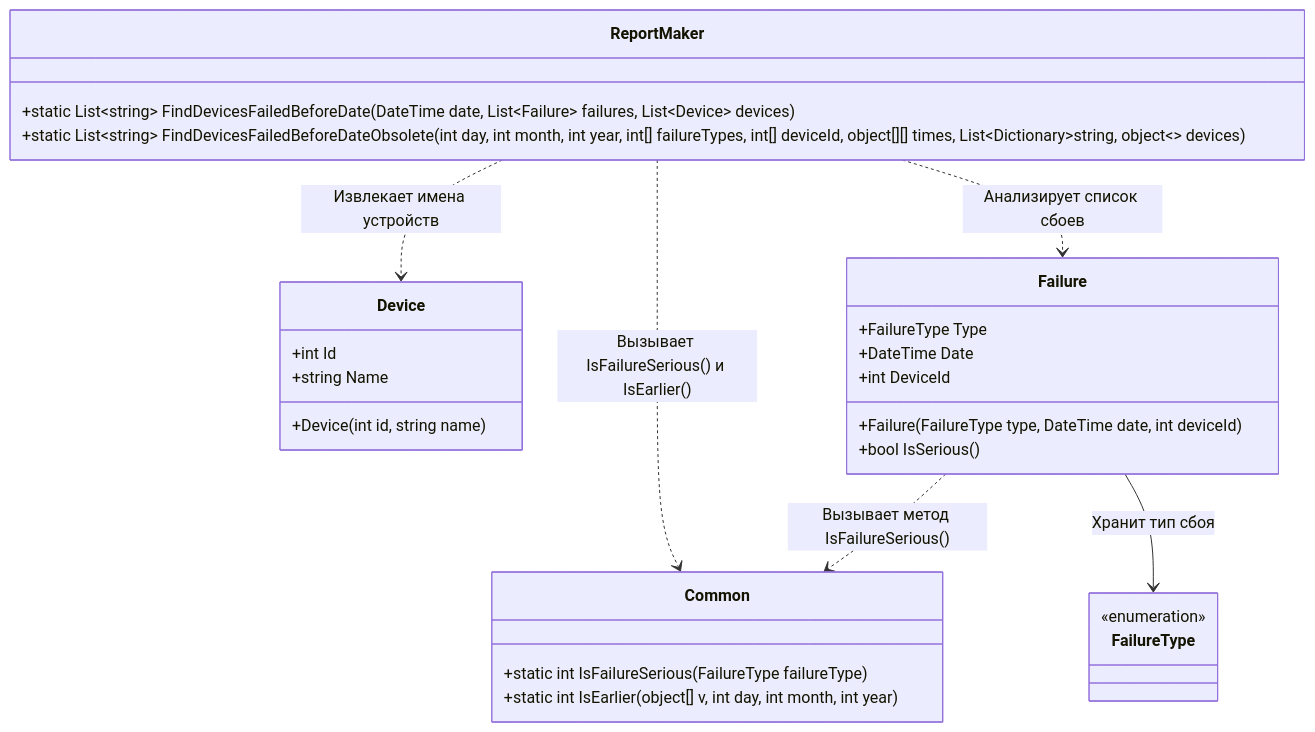
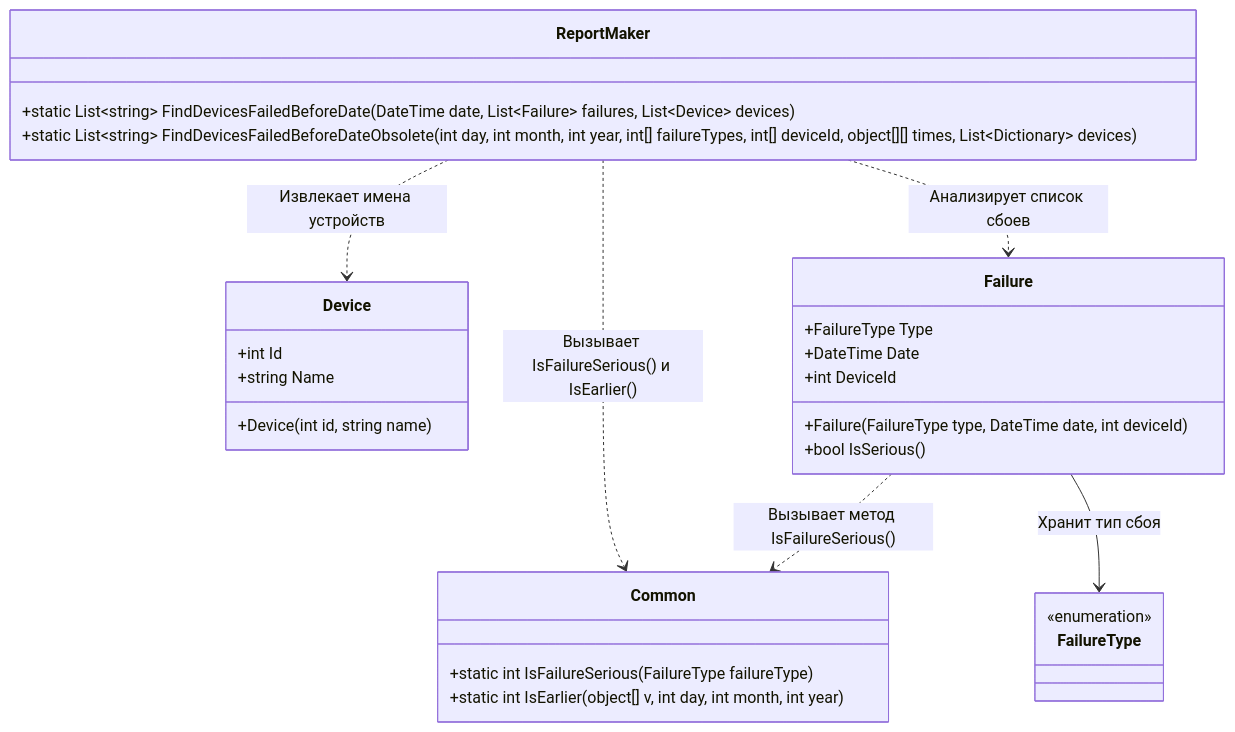
Before and after one commit to ram0k009/Practice: the diagram in sboi.md, drawn with Mermaid.

````diff
--- a/sboi.md
+++ b/sboi.md
@@ -1,38 +1,38 @@
 ```mermaid
 classDiagram
 direction TB
     class Device {
 	    +int Id
 	    +string Name
 	    +Device(int id, string name)
     }
 
     class Failure {
 	    +FailureType Type
 	    +DateTime Date
 	    +int DeviceId
 	    +Failure(FailureType type, DateTime date, int deviceId)
 	    +bool IsSerious()
     }
 
     class Common {
 	    +static int IsFailureSerious(FailureType failureType)
 	    +static int IsEarlier(object[] v, int day, int month, int year)
     }
 
     class ReportMaker {
 	    +static List~string~ FindDevicesFailedBeforeDate(DateTime date, List~Failure~ failures, List~Device~ devices)
-	    +static List~string~ FindDevicesFailedBeforeDateObsolete(int day, int month, int year, int[] failureTypes, int[] deviceId, object[][] times, List~Dictionary~string, object~~ devices)
+	    +static List~string~ FindDevicesFailedBeforeDateObsolete(int day, int month, int year, int[] failureTypes, int[] deviceId, object[][] times, List~Dictionary~ devices)
     }
 
     class FailureType {
     }
 
 	<<enumeration>> FailureType
 
     Failure ..> Common : Вызывает метод IsFailureSerious()
     ReportMaker ..> Failure : Анализирует список сбоев
     ReportMaker ..> Device : Извлекает имена устройств
 	ReportMaker ..> Common : Вызывает IsFailureSerious() и IsEarlier()
 	Failure --> FailureType : Хранит тип сбоя
 ```
````
